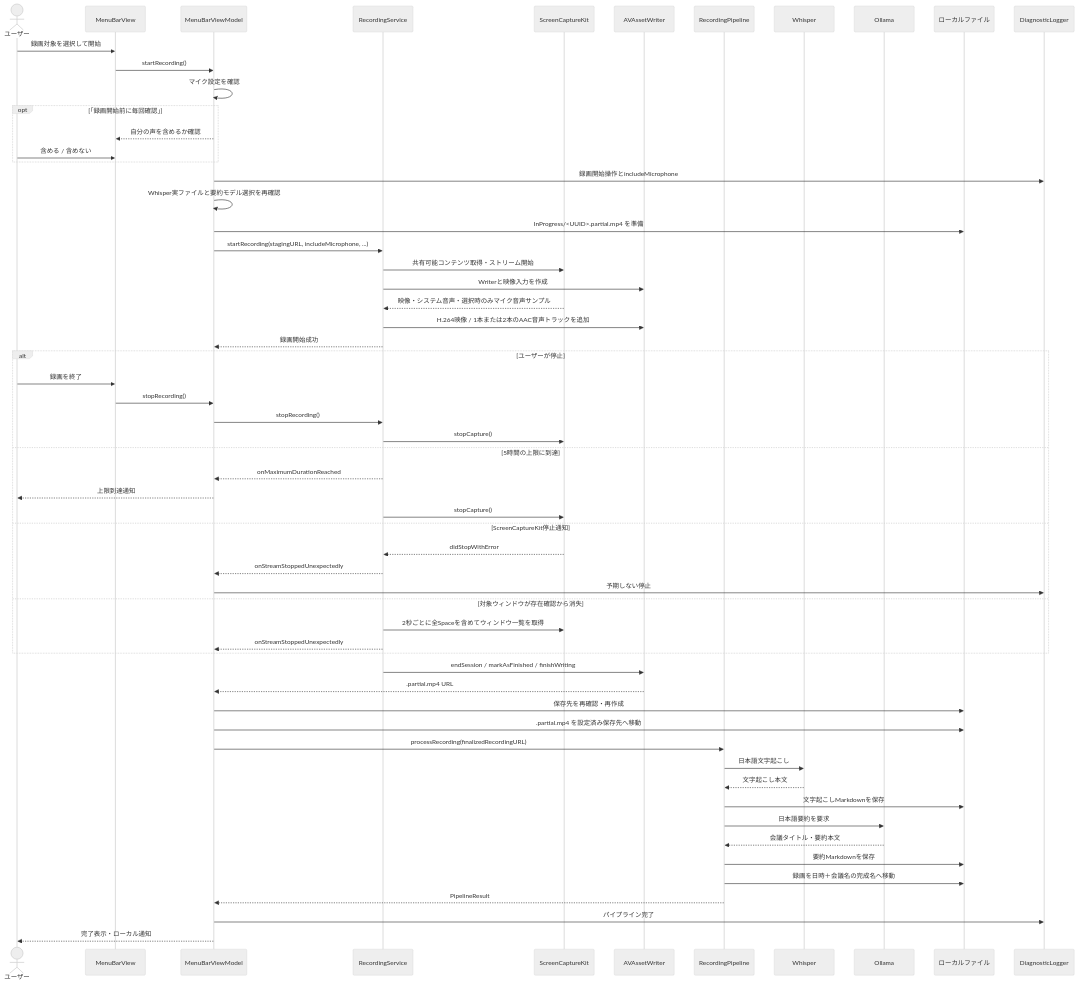
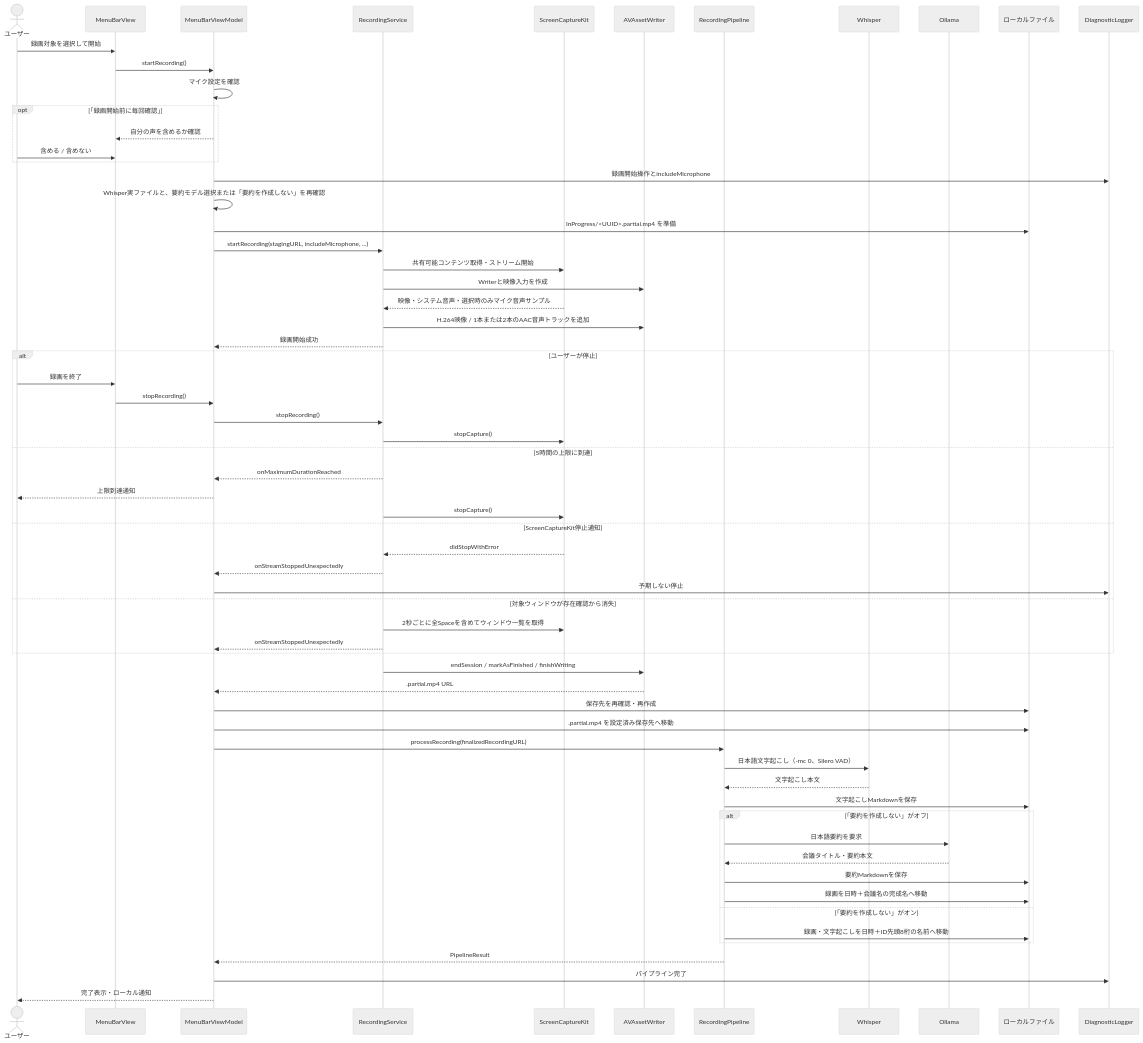
One commit to shu-pf/meeting-scribe changed the second of 2 diagrams in internal-docs/application-lifecycle.md. Above: the diagram before and after it, drawn with Mermaid (neutral theme). The commit also changed other lines of this file and 2 other files, not shown here.

Commit message:
Document summary skipping, VAD transcription, CI and releases

````diff
--- a/internal-docs/application-lifecycle.md
+++ b/internal-docs/application-lifecycle.md
@@ -120,67 +124,70 @@
 ```mermaid
 sequenceDiagram
     actor User as ユーザー
     participant UI as MenuBarView
     participant VM as MenuBarViewModel
     participant RS as RecordingService
     participant SC as ScreenCaptureKit
     participant AW as AVAssetWriter
     participant PL as RecordingPipeline
     participant WH as Whisper
     participant OL as Ollama
     participant FS as ローカルファイル
     participant LOG as DiagnosticLogger
 
     User->>UI: 録画対象を選択して開始
     UI->>VM: startRecording()
     VM->>VM: マイク設定を確認
     opt 「録画開始前に毎回確認」
         VM-->>UI: 自分の声を含めるか確認
         User->>UI: 含める / 含めない
     end
     VM->>LOG: 録画開始操作とincludeMicrophone
-    VM->>VM: Whisper実ファイルと要約モデル選択を再確認
+    VM->>VM: Whisper実ファイルと、要約モデル選択または「要約を作成しない」を再確認
     VM->>FS: InProgress/<UUID>.partial.mp4 を準備
     VM->>RS: startRecording(stagingURL, includeMicrophone, ...)
     RS->>SC: 共有可能コンテンツ取得・ストリーム開始
     RS->>AW: Writerと映像入力を作成
     SC-->>RS: 映像・システム音声・選択時のみマイク音声サンプル
     RS->>AW: H.264映像 / 1本または2本のAAC音声トラックを追加
     RS-->>VM: 録画開始成功
 
     alt ユーザーが停止
         User->>UI: 録画を終了
         UI->>VM: stopRecording()
         VM->>RS: stopRecording()
         RS->>SC: stopCapture()
     else 5時間の上限に到達
         RS-->>VM: onMaximumDurationReached
         VM-->>User: 上限到達通知
         RS->>SC: stopCapture()
     else ScreenCaptureKit停止通知
         SC-->>RS: didStopWithError
         RS-->>VM: onStreamStoppedUnexpectedly
         VM->>LOG: 予期しない停止
     else 対象ウィンドウが存在確認から消失
         RS->>SC: 2秒ごとに全Spaceを含めてウィンドウ一覧を取得
         RS-->>VM: onStreamStoppedUnexpectedly
     end
 
     RS->>AW: endSession / markAsFinished / finishWriting
     AW-->>VM: .partial.mp4 URL
     VM->>FS: 保存先を再確認・再作成
     VM->>FS: .partial.mp4 を設定済み保存先へ移動
     VM->>PL: processRecording(finalizedRecordingURL)
-    PL->>WH: 日本語文字起こし
+    PL->>WH: 日本語文字起こし（-mc 0、Silero VAD）
     WH-->>PL: 文字起こし本文
     PL->>FS: 文字起こしMarkdownを保存
 
-    PL->>OL: 日本語要約を要求
-    OL-->>PL: 会議タイトル・要約本文
-    PL->>FS: 要約Markdownを保存
-
-    PL->>FS: 録画を日時＋会議名の完成名へ移動
+    alt 「要約を作成しない」がオフ
+        PL->>OL: 日本語要約を要求
+        OL-->>PL: 会議タイトル・要約本文
+        PL->>FS: 要約Markdownを保存
+        PL->>FS: 録画を日時＋会議名の完成名へ移動
+    else 「要約を作成しない」がオン
+        PL->>FS: 録画・文字起こしを日時＋ID先頭8桁の名前へ移動
+    end
     PL-->>VM: PipelineResult
     VM->>LOG: パイプライン完了
     VM-->>User: 完了表示・ローカル通知
 ```
````
